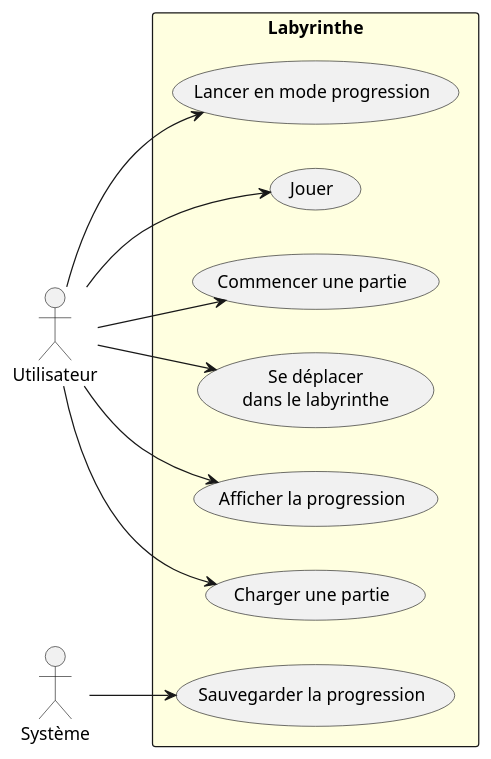
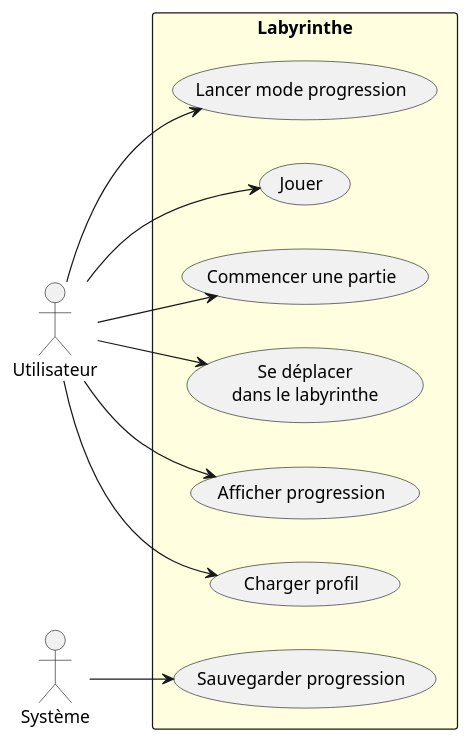
One commit to blavogiez/developpement-modulab-Semestre3 changed the diagram in rapports/analyse/diagramme.puml. Above: the diagram before and after it, drawn with PlantUML. The commit also changed 7 other files, not shown here.

Commit message:
feat(analyse): Avancement rapport sur diagramme de classe (à rephrase car mal formulé). Premiere version ce soir

```diff
--- a/rapports/analyse/diagramme.puml
+++ b/rapports/analyse/diagramme.puml
@@ -1,26 +1,26 @@
 @startuml Labyrinthe
 left to right direction
 
 actor "Utilisateur" as us
 actor "Système" as sy
 
 rectangle Labyrinthe #lightyellow {
   usecase "Jouer" as UC1
   usecase "Commencer une partie" as UC2
   usecase "Se déplacer\ndans le labyrinthe" as UC3
-  usecase "Afficher la progression" as UC4
-  usecase "Sauvegarder la progression" as UC5
-  usecase "Charger une partie" as UC6
-  usecase "Lancer en mode progression" as UC7
+  usecase "Afficher progression" as UC4
+  usecase "Sauvegarder progression" as UC5
+  usecase "Charger profil" as UC6
+  usecase "Lancer mode progression" as UC7
 }
 
 ' Relations principales (acteur -> cas d'utilisation)
 us --> UC1
 us --> UC2
 us --> UC3
 us --> UC4
 us --> UC6
 us --> UC7
 
 sy --> UC5
 @enduml
```
